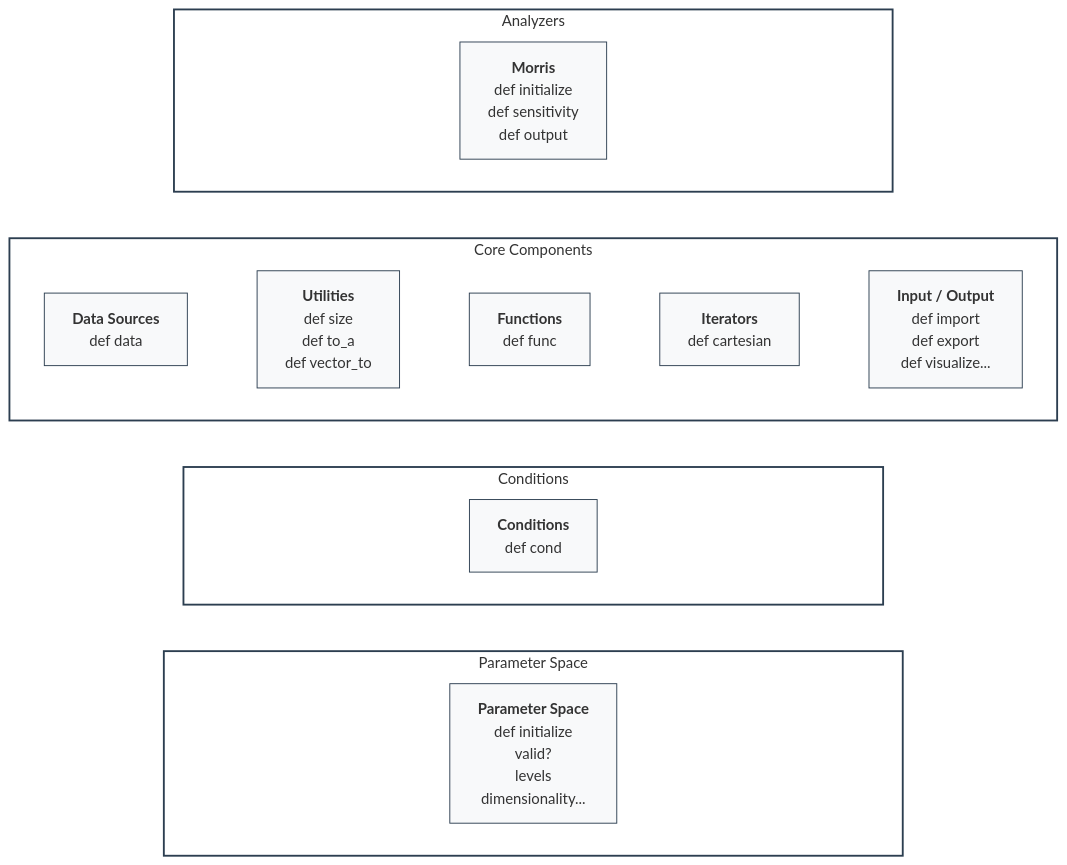
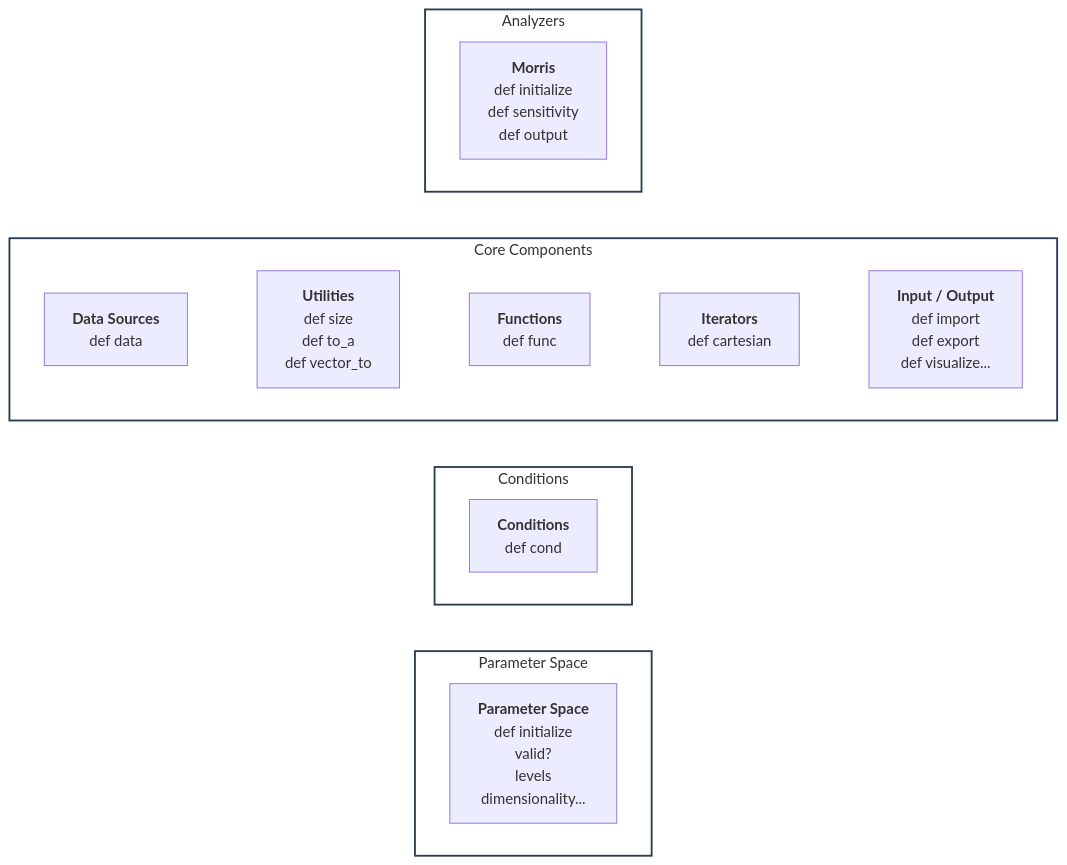
One commit to Yuri-Rassokhin/flex-cartesian changed the diagram in docs/api/api.md. Above: the diagram before and after it, drawn with Mermaid.

Commit message:
updated: API documentation

````diff
--- a/docs/api/api.md
+++ b/docs/api/api.md
@@ -1,41 +1,30 @@
 ```mermaid
 flowchart TB
-    %% 1. Сплошные контуры для слоев (убран stroke-dasharray)
+    %% Стили для сплошных контейнеров
     classDef layer fill:#ffffff,stroke:#2c3e50,stroke-width:2px;
-    classDef default fill:#f8f9fa,stroke:#2c3e50,stroke-width:1px,color:#333;
     
-    %% Класс для прозрачных блоков-распорок
-    classDef spacer fill:none,stroke:none,color:transparent;
-
     subgraph Analyzers ["Analyzers"]
-        direction LR
-        A1[" "] ~~~ A2[" "] ~~~ M["<b>Morris</b><br/>def initialize<br/>def sensitivity<br/>def output"] ~~~ A3[" "] ~~~ A4[" "]
+        M["<b>Morris</b><br/>def initialize<br/>def sensitivity<br/>def output"]
     end
 
     subgraph Core ["Core Components"]
         direction LR
         DS["<b>Data Sources</b><br/>def data"] ~~~ UT["<b>Utilities</b><br/>def size<br/>def to_a<br/>def vector_to"] ~~~ FN["<b>Functions</b><br/>def func"] ~~~ IT["<b>Iterators</b><br/>def cartesian"] ~~~ IO["<b>Input / Output</b><br/>def import<br/>def export<br/>def visualize..."]
     end
 
     subgraph Cond ["Conditions"]
-        direction LR
-        C1[" "] ~~~ C2[" "] ~~~ C["<b>Conditions</b><br/>def cond"] ~~~ C3[" "] ~~~ C4[" "]
+        C["<b>Conditions</b><br/>def cond"]
     end
 
     subgraph Params ["Parameter Space"]
-        direction LR
-        P1[" "] ~~~ P2[" "] ~~~ PS["<b>Parameter Space</b><br/>def initialize<br/>valid?<br/>levels<br/>dimensionality..."] ~~~ P3[" "] ~~~ P4[" "]
+        PS["<b>Parameter Space</b><br/>def initialize<br/>valid?<br/>levels<br/>dimensionality..."]
     end
 
-    %% 2 и 3. Невидимая вертикальная шнуровка для идеальной сетки
-    %% Задает одинаковую ширину контейнеров и притягивает их друг к другу без стрелок
-    A1 ~~~ DS ~~~ C1 ~~~ P1
-    A2 ~~~ UT ~~~ C2 ~~~ P2
-    M  ~~~ FN ~~~ C  ~~~ PS
-    A3 ~~~ IT ~~~ C3 ~~~ P3
-    A4 ~~~ IO ~~~ C4 ~~~ P4
+    %% Невидимые связи заставляют слои выстраиваться строго сверху вниз без стрелок
+    Analyzers ~~~ Core
+    Core ~~~ Cond
+    Cond ~~~ Params
 
-    %% Применение стилей
+    %% Применяем стили
     class Analyzers,Core,Cond,Params layer;
-    class A1,A2,A3,A4,C1,C2,C3,C4,P1,P2,P3,P4 spacer;
 ```
````
